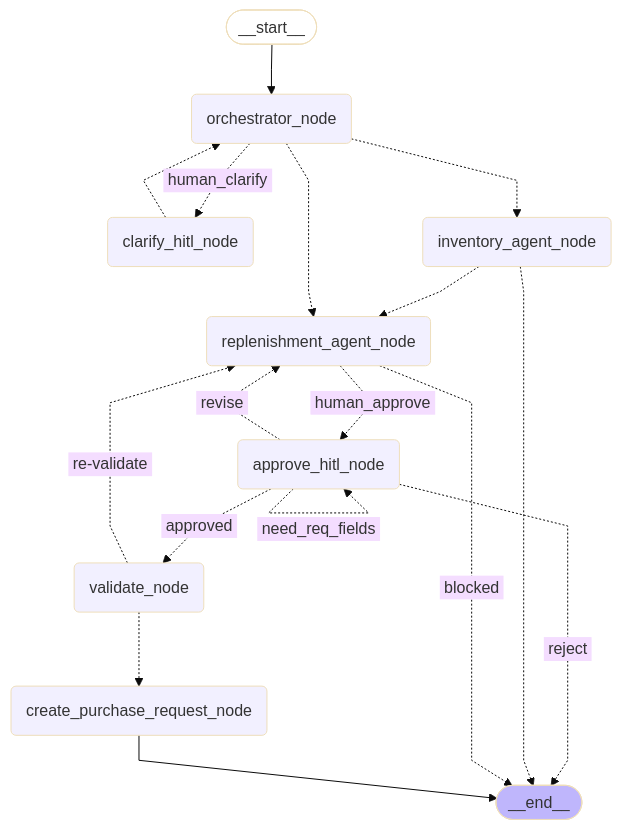
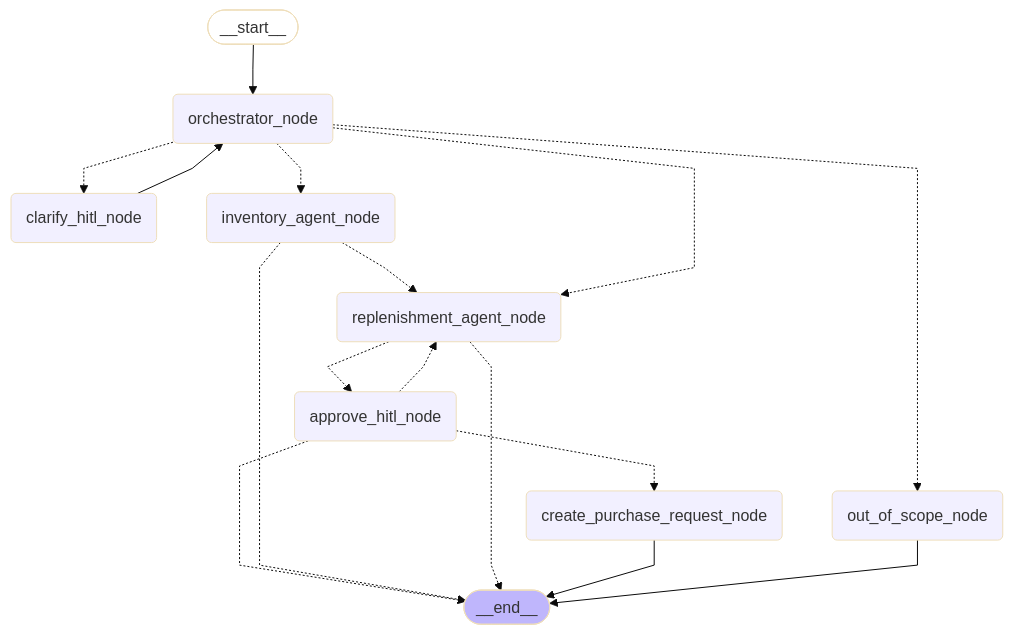
Before and after one commit to VikibeKSumi/Inventra: the diagram in README.md, drawn with Mermaid (base theme).

Commit message:
docs(README): update to new graph structure mermaid

````diff
--- a/README.md
+++ b/README.md
@@ -40,36 +40,35 @@
 ```mermaid
 ---
 config:
   flowchart:
     curve: linear
 ---
 graph TD;
 	__start__([<p>__start__</p>]):::first
 	orchestrator_node(orchestrator_node)
 	clarify_hitl_node(clarify_hitl_node)
+	out_of_scope_node(out_of_scope_node)
 	inventory_agent_node(inventory_agent_node)
 	replenishment_agent_node(replenishment_agent_node)
 	approve_hitl_node(approve_hitl_node)
-	validate_node(validate_node)
 	create_purchase_request_node(create_purchase_request_node)
 	__end__([<p>__end__</p>]):::last
 	__start__ --> orchestrator_node;
-	approve_hitl_node -. &nbsp;reject&nbsp; .-> __end__;
-	approve_hitl_node -. &nbsp;revise&nbsp; .-> replenishment_agent_node;
-	approve_hitl_node -. &nbsp;approved&nbsp; .-> validate_node;
-	clarify_hitl_node -.-> orchestrator_node;
+	approve_hitl_node -.-> __end__;
+	approve_hitl_node -.-> create_purchase_request_node;
+	approve_hitl_node -.-> replenishment_agent_node;
+	clarify_hitl_node --> orchestrator_node;
 	inventory_agent_node -.-> __end__;
 	inventory_agent_node -.-> replenishment_agent_node;
-	orchestrator_node -. &nbsp;human_clarify&nbsp; .-> clarify_hitl_node;
+	orchestrator_node -.-> clarify_hitl_node;
 	orchestrator_node -.-> inventory_agent_node;
+	orchestrator_node -.-> out_of_scope_node;
 	orchestrator_node -.-> replenishment_agent_node;
-	replenishment_agent_node -. &nbsp;blocked&nbsp; .-> __end__;
-	replenishment_agent_node -. &nbsp;human_approve&nbsp; .-> approve_hitl_node;
-	validate_node -.-> create_purchase_request_node;
-	validate_node -. &nbsp;re-validate&nbsp; .-> replenishment_agent_node;
+	replenishment_agent_node -.-> __end__;
+	replenishment_agent_node -.-> approve_hitl_node;
 	create_purchase_request_node --> __end__;
-	approve_hitl_node -. &nbsp;need_req_fields&nbsp; .-> approve_hitl_node;
+	out_of_scope_node --> __end__;
 	classDef default fill:#f2f0ff,line-height:1.2
 	classDef first fill-opacity:0
 	classDef last fill:#bfb6fc
 ```
````
